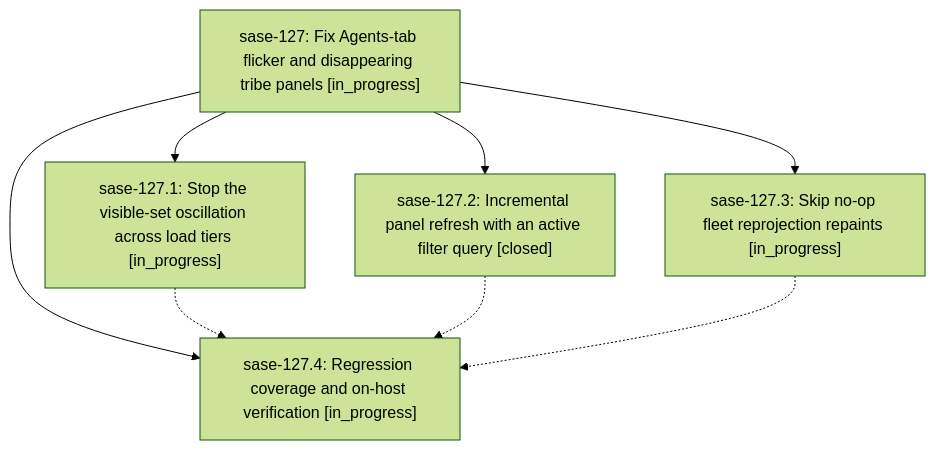
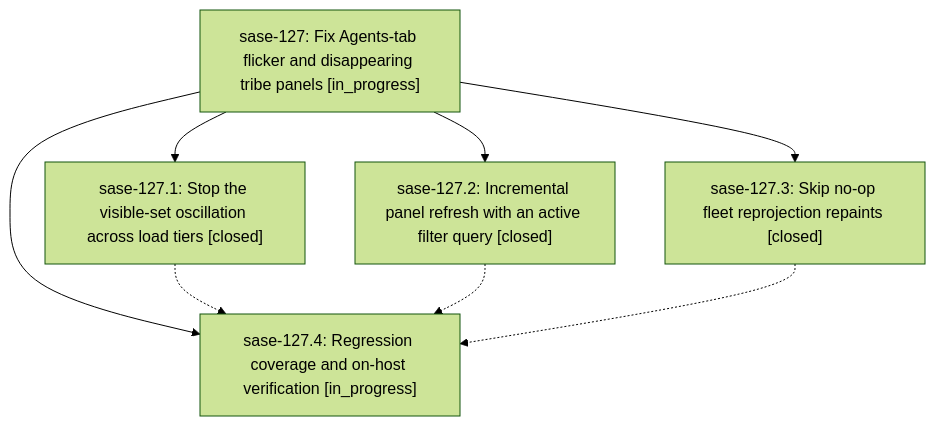
One commit to sase-org/sase--beads changed the diagram in pages/sase-127/README.md. Above: the diagram before and after it, drawn with Mermaid (forest theme). The commit also changed other lines of this file and 3 other files, not shown here.

````diff
--- a/pages/sase-127/README.md
+++ b/pages/sase-127/README.md
@@ -25,15 +25,15 @@
 ```mermaid
 flowchart TD
     n0["sase-127: Fix Agents-tab flicker and disappearing tribe panels [in_progress]"]
-    n1["sase-127.1: Stop the visible-set oscillation across load tiers [in_progress]"]
+    n1["sase-127.1: Stop the visible-set oscillation across load tiers [closed]"]
     n2["sase-127.2: Incremental panel refresh with an active filter query [closed]"]
-    n3["sase-127.3: Skip no-op fleet reprojection repaints [in_progress]"]
+    n3["sase-127.3: Skip no-op fleet reprojection repaints [closed]"]
     n4["sase-127.4: Regression coverage and on-host verification [in_progress]"]
     n0 --> n1
     n0 --> n2
     n0 --> n3
     n0 --> n4
     n1 -.-> n4
     n2 -.-> n4
     n3 -.-> n4
 ```
````
